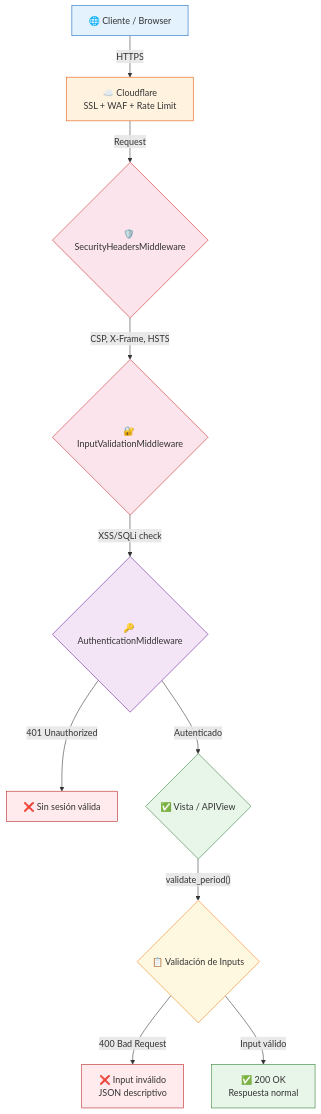
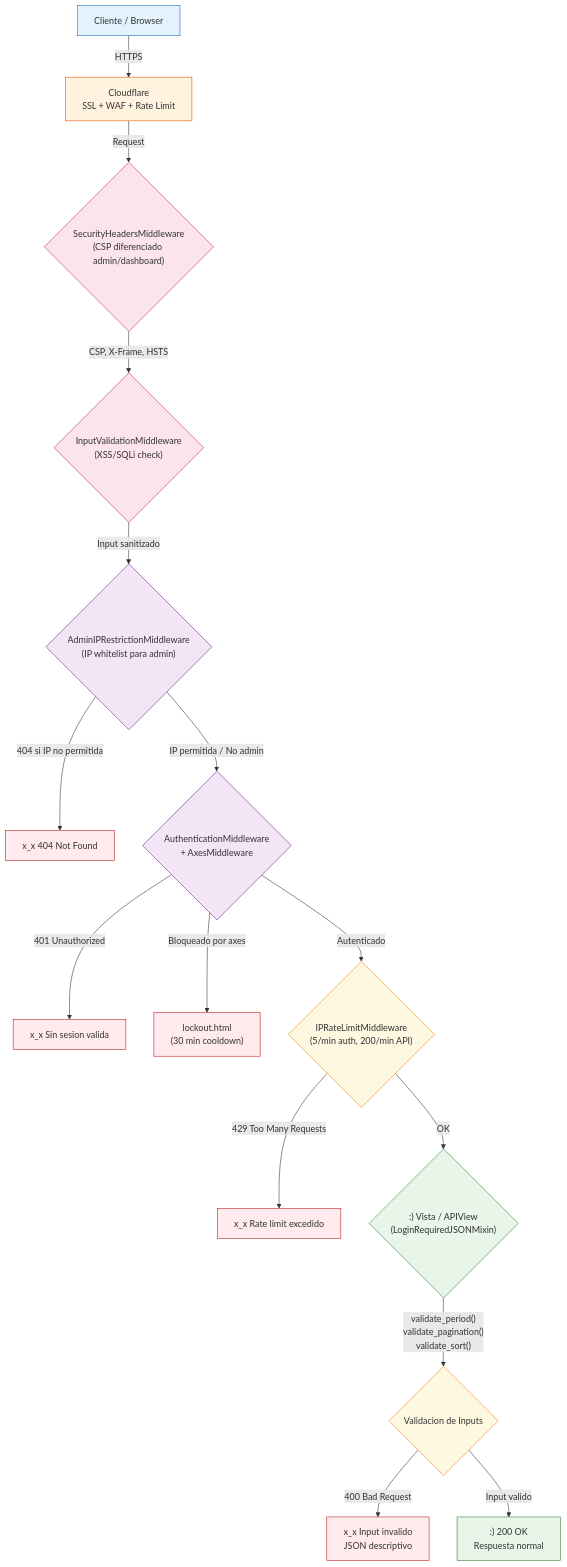
The first of 3 diagrams in docs/SECURITY_HARDENING.md (EstebanCabreraArbizu/DS_Asigando-Vs-Servicio-Vivo), drawn with Mermaid before and after one commit. The commit also changed other lines of this file and 5 other files, not shown here.

````diff
--- a/docs/SECURITY_HARDENING.md
+++ b/docs/SECURITY_HARDENING.md
@@ -28,23 +28,33 @@
 ```mermaid
 flowchart TD
-    A["🌐 Cliente / Browser"] -->|HTTPS| B["☁️ Cloudflare\nSSL + WAF + Rate Limit"]
-    B -->|Request| C{"🛡️ SecurityHeadersMiddleware"}
-    C -->|"CSP, X-Frame, HSTS"| D{"🔐 InputValidationMiddleware"}
-    D -->|"XSS/SQLi check"| E{"🔑 AuthenticationMiddleware"}
-    E -->|"401 Unauthorized"| F["❌ Sin sesión válida"]
-    E -->|"Autenticado"| G{"✅ Vista / APIView"}
-    G -->|"validate_period()"| H{"📋 Validación de Inputs"}
-    H -->|"400 Bad Request"| I["❌ Input inválido\nJSON descriptivo"]
-    H -->|"Input válido"| J["✅ 200 OK\nRespuesta normal"]
+    A["Cliente / Browser"] -->|HTTPS| B["Cloudflare\nSSL + WAF + Rate Limit"]
+    B -->|Request| C{"SecurityHeadersMiddleware\n(CSP diferenciado admin/dashboard)"}
+    C -->|"CSP, X-Frame, HSTS"| D{"InputValidationMiddleware\n(XSS/SQLi check)"}
+    D -->|"Input sanitizado"| E{"AdminIPRestrictionMiddleware\n(IP whitelist para admin)"}
+    E -->|"404 si IP no permitida"| E1["x_x 404 Not Found"]
+    E -->|"IP permitida / No admin"| F{"AuthenticationMiddleware\n+ AxesMiddleware"}
+    F -->|"401 Unauthorized"| F1["x_x Sin sesion valida"]
+    F -->|"Bloqueado por axes"| F2["lockout.html\n(30 min cooldown)"]
+    F -->|"Autenticado"| G{"IPRateLimitMiddleware\n(5/min auth, 200/min API)"}
+    G -->|"429 Too Many Requests"| G1["x_x Rate limit excedido"]
+    G -->|"OK"| H{":) Vista / APIView\n(LoginRequiredJSONMixin)"}
+    H -->|"validate_period()\nvalidate_pagination()\nvalidate_sort()"| I{"Validacion de Inputs"}
+    I -->|"400 Bad Request"| J["x_x Input invalido\nJSON descriptivo"]
+    I -->|"Input valido"| K[":) 200 OK\nRespuesta normal"]
 
     style A fill:#e3f2fd,stroke:#1565c0
     style B fill:#fff3e0,stroke:#e65100
     style C fill:#fce4ec,stroke:#c62828
     style D fill:#fce4ec,stroke:#c62828
     style E fill:#f3e5f5,stroke:#6a1b9a
-    style F fill:#ffebee,stroke:#b71c1c
-    style G fill:#e8f5e9,stroke:#2e7d32
-    style H fill:#fff8e1,stroke:#f57f17
-    style I fill:#ffebee,stroke:#b71c1c
-    style J fill:#e8f5e9,stroke:#2e7d32
+    style E1 fill:#ffebee,stroke:#b71c1c
+    style F fill:#f3e5f5,stroke:#6a1b9a
+    style F1 fill:#ffebee,stroke:#b71c1c
+    style F2 fill:#ffebee,stroke:#b71c1c
+    style G fill:#fff8e1,stroke:#f57f17
+    style G1 fill:#ffebee,stroke:#b71c1c
+    style H fill:#e8f5e9,stroke:#2e7d32
+    style I fill:#fff8e1,stroke:#f57f17
+    style J fill:#ffebee,stroke:#b71c1c
+    style K fill:#e8f5e9,stroke:#2e7d32
 ```
````
